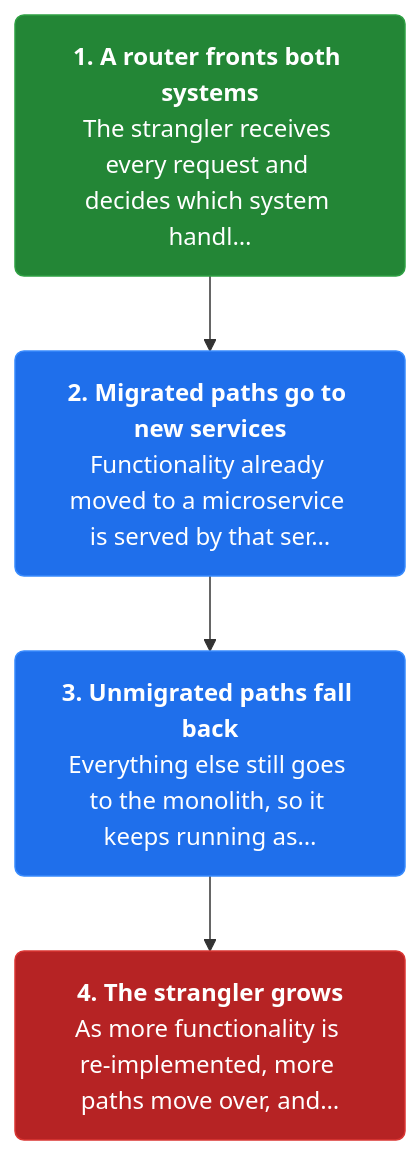
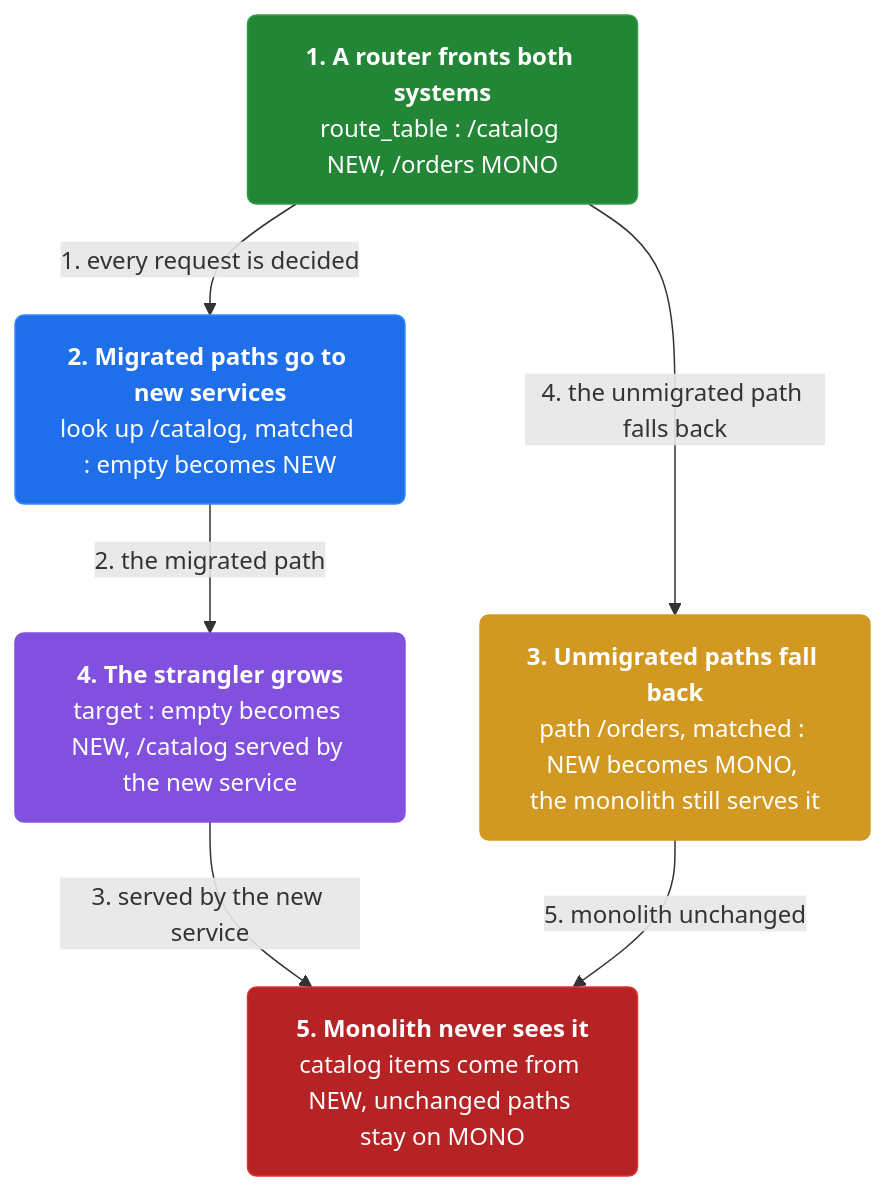
Before and after one commit to vinayakuber/microservices-io-study-guide: the second of 3 diagrams in docs/ch44-strangler-application.md, drawn with Mermaid. The commit also changed other lines of this file and 46 other files, not shown here.

First line of the commit message:
Author rich branching flow diagrams for all 44 chapters

````diff
--- a/docs/ch44-strangler-application.md
+++ b/docs/ch44-strangler-application.md
@@ -50,13 +58,18 @@
 ```mermaid
 flowchart TD
-  classDef step fill:#1f6feb,color:#ffffff,stroke:#388bfd,stroke-width:1px,rx:6
+  classDef step fill:#1f6feb,color:#ffffff,stroke:#388bfd,rx:6
+  classDef core fill:#8250df,color:#ffffff,stroke:#8250df,rx:6
+  classDef warn fill:#d29922,color:#ffffff,stroke:#d29922,rx:6
   classDef start fill:#238636,color:#ffffff,stroke:#2ea043,rx:6
   classDef stop fill:#b62324,color:#ffffff,stroke:#da3633,rx:6
-  s1n0["<b>1. A router fronts both systems</b><br/>The strangler receives every request and decides which system handl…"]:::start
-  s1n1["<b>2. Migrated paths go to new services</b><br/>Functionality already moved to a microservice is served by that ser…"]:::step
-  s1n2["<b>3. Unmigrated paths fall back</b><br/>Everything else still goes to the monolith, so it keeps running as…"]:::step
-  s1n3["<b>4. The strangler grows</b><br/>As more functionality is re-implemented, more paths move over, and…"]:::stop
-  s1n0 --> s1n1
-  s1n1 --> s1n2
-  s1n2 --> s1n3
+  n0["<b>1. A router fronts both systems</b><br/>route_table : /catalog NEW, /orders MONO"]:::start
+  n1["<b>2. Migrated paths go to new services</b><br/>look up /catalog, matched : empty becomes NEW"]:::step
+  n2["<b>3. Unmigrated paths fall back</b><br/>path /orders, matched : NEW becomes MONO, the monolith still serves it"]:::warn
+  n3["<b>4. The strangler grows</b><br/>target : empty becomes NEW, /catalog served by the new service"]:::core
+  n4["<b>5. Monolith never sees it</b><br/>catalog items come from NEW, unchanged paths stay on MONO"]:::stop
+  n0 -->|"1. every request is decided"| n1
+  n1 -->|"2. the migrated path"| n3
+  n3 -->|"3. served by the new service"| n4
+  n0 -->|"4. the unmigrated path falls back"| n2
+  n2 -->|"5. monolith unchanged"| n4
 ```
````
